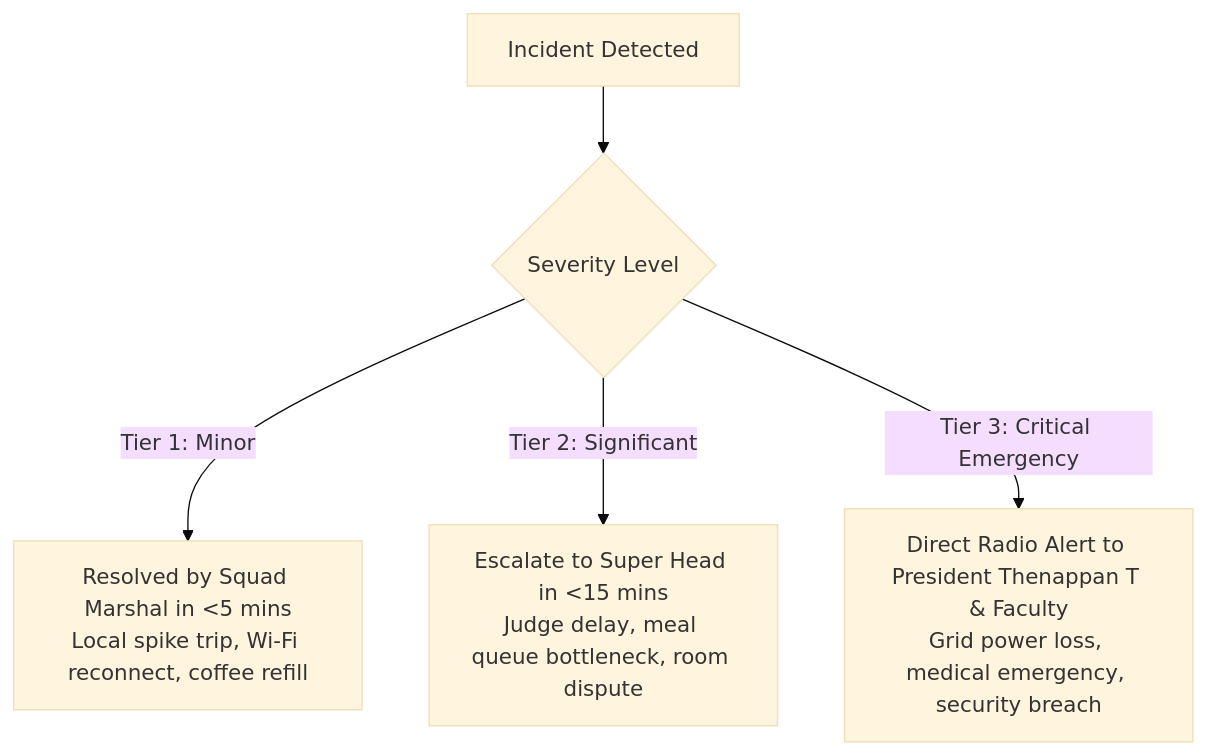
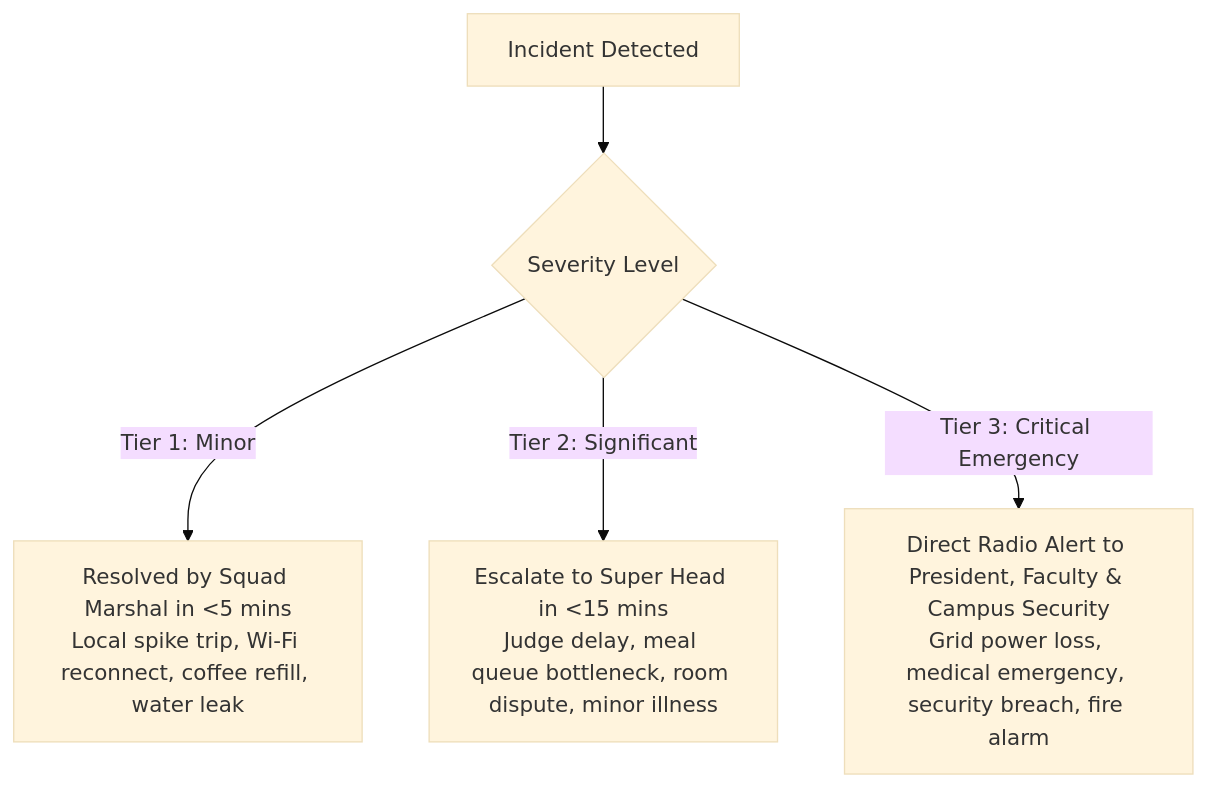
One commit to MasterZ1311/Kairos changed the first of 2 diagrams in docs/11_crisis_management_and_safety_protocol.md. Above: the diagram before and after it, drawn with Mermaid (base theme). The commit also changed other lines of this file and 100 other files, not shown here.

````diff
--- a/docs/11_crisis_management_and_safety_protocol.md
+++ b/docs/11_crisis_management_and_safety_protocol.md
@@ -12,7 +19,7 @@
 ```mermaid
 graph TD
     INC[Incident Detected] --> C1{Severity Level}
-    C1 -->|Tier 1: Minor| S1[Resolved by Squad Marshal in <5 mins<br/>Local spike trip, Wi-Fi reconnect, coffee refill]
-    C1 -->|Tier 2: Significant| S2[Escalate to Super Head in <15 mins<br/>Judge delay, meal queue bottleneck, room dispute]
-    C1 -->|Tier 3: Critical Emergency| S3[Direct Radio Alert to President Thenappan T & Faculty<br/>Grid power loss, medical emergency, security breach]
+    C1 -->|Tier 1: Minor| S1[Resolved by Squad Marshal in <5 mins<br/>Local spike trip, Wi-Fi reconnect, coffee refill, water leak]
+    C1 -->|Tier 2: Significant| S2[Escalate to Super Head in <15 mins<br/>Judge delay, meal queue bottleneck, room dispute, minor illness]
+    C1 -->|Tier 3: Critical Emergency| S3[Direct Radio Alert to President, Faculty & Campus Security<br/>Grid power loss, medical emergency, security breach, fire alarm]
 ```
````
